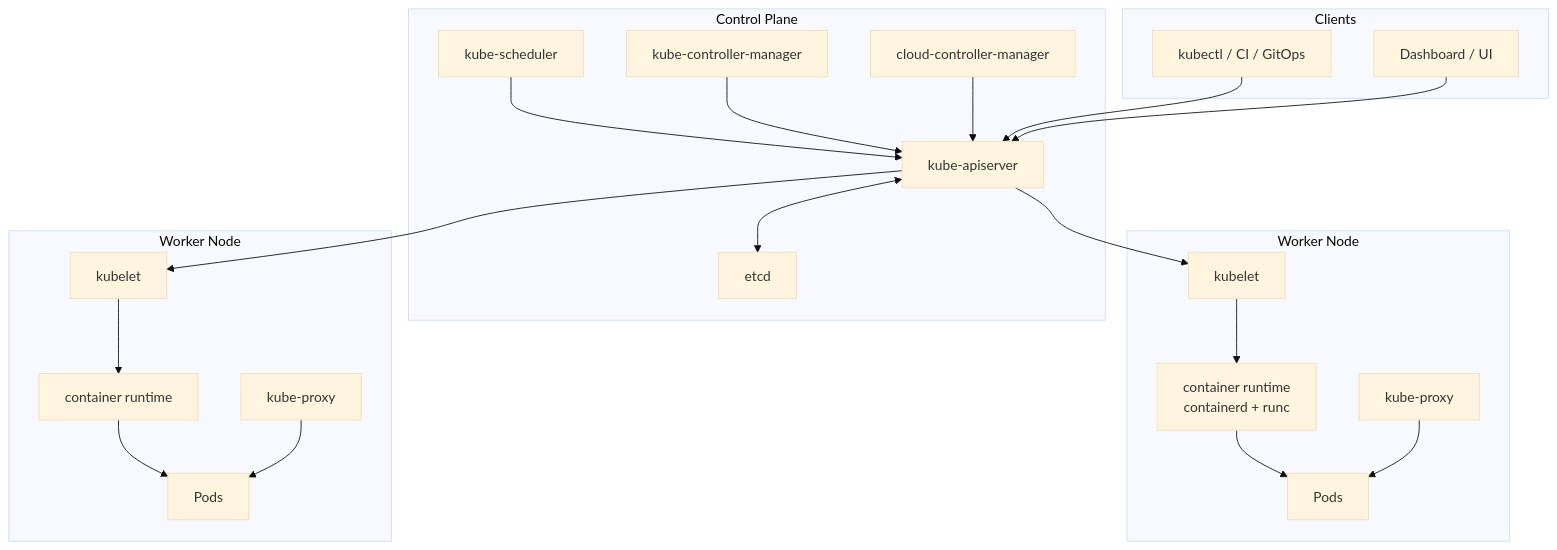
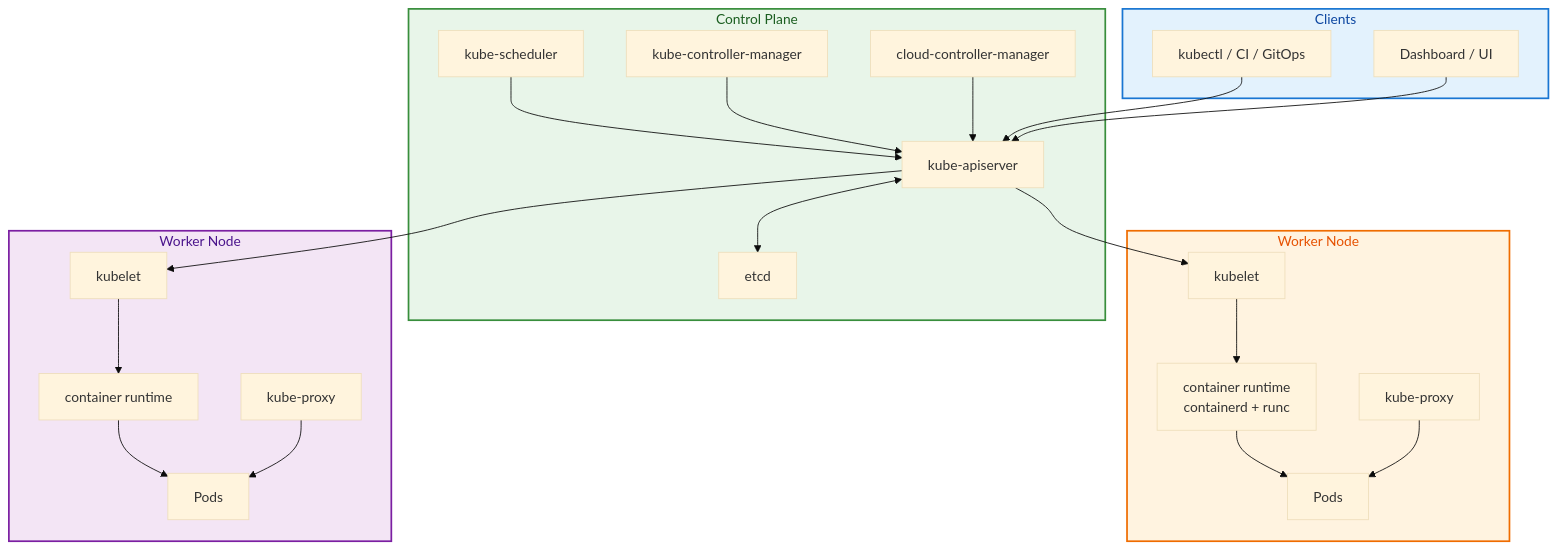
The first of 3 diagrams in docs/kubernetes/kubernetes-architecture-and-components.md (rebash-rebash/rebash-academy), drawn with Mermaid (base theme) before and after one commit. The commit also changed 66 other files, not shown here.

First line of the commit message:
Render Mermaid diagrams as build-time SVGs and fix Learning Paths nav.

````diff
--- a/docs/kubernetes/kubernetes-architecture-and-components.md
+++ b/docs/kubernetes/kubernetes-architecture-and-components.md
@@ -53,44 +53,48 @@
 ```mermaid
 flowchart TB
     subgraph USERS["Clients"]
         KUBECTL["kubectl / CI / GitOps"]
         DASH["Dashboard / UI"]
     end
 
     subgraph CP["Control Plane"]
         API["kube-apiserver"]
         ETCD["etcd"]
         SCHED["kube-scheduler"]
         CM["kube-controller-manager"]
         CCM["cloud-controller-manager"]
         API <--> ETCD
         SCHED --> API
         CM --> API
         CCM --> API
     end
 
     subgraph NODE1["Worker Node"]
         KL1["kubelet"]
         KP1["kube-proxy"]
         CR1["container runtime<br/>containerd + runc"]
         POD1["Pods"]
         KL1 --> CR1
         CR1 --> POD1
         KP1 --> POD1
     end
 
     subgraph NODE2["Worker Node"]
         KL2["kubelet"]
         KP2["kube-proxy"]
         CR2["container runtime"]
         POD2["Pods"]
         KL2 --> CR2
         CR2 --> POD2
         KP2 --> POD2
     end
 
     KUBECTL --> API
     DASH --> API
     API --> KL1
     API --> KL2
+    style USERS fill:#e3f2fd,stroke:#1976d2,stroke-width:2px,color:#0d47a1
+    style CP fill:#e8f5e9,stroke:#388e3c,stroke-width:2px,color:#1b5e20
+    style NODE1 fill:#fff3e0,stroke:#ef6c00,stroke-width:2px,color:#e65100
+    style NODE2 fill:#f3e5f5,stroke:#7b1fa2,stroke-width:2px,color:#4a148c
 ```
````
